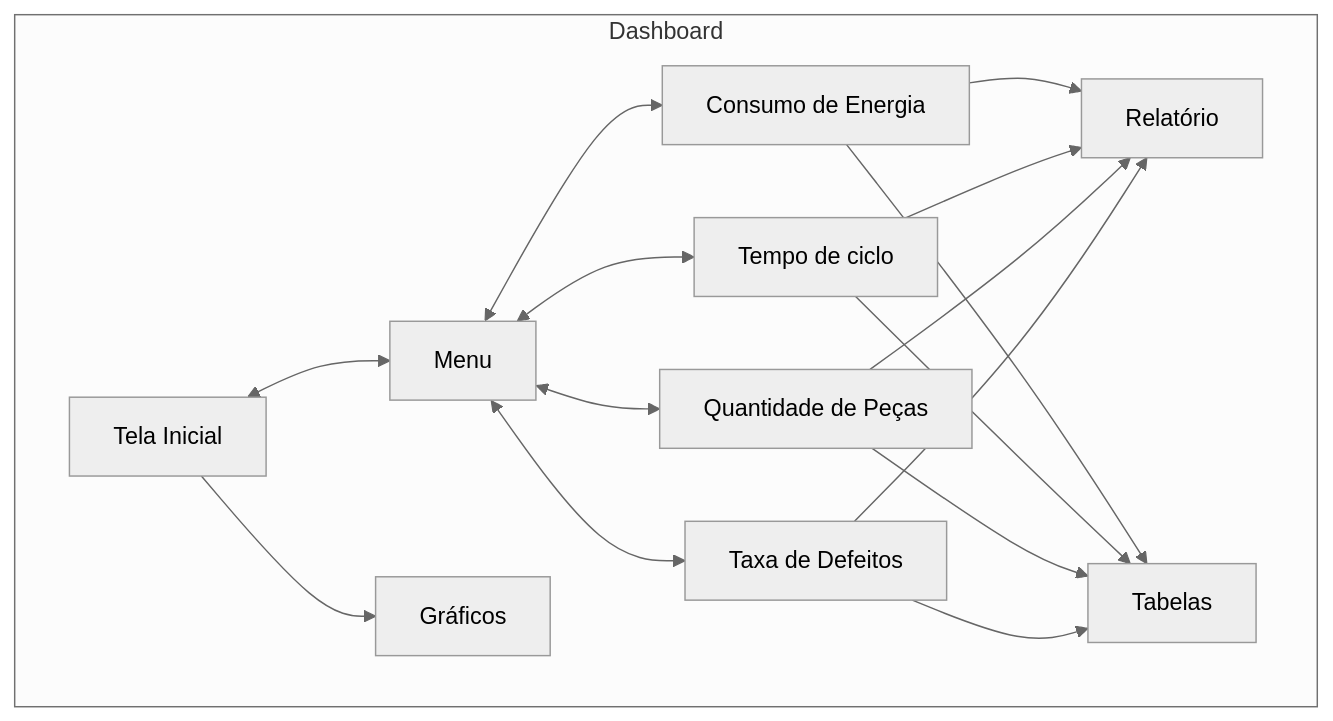
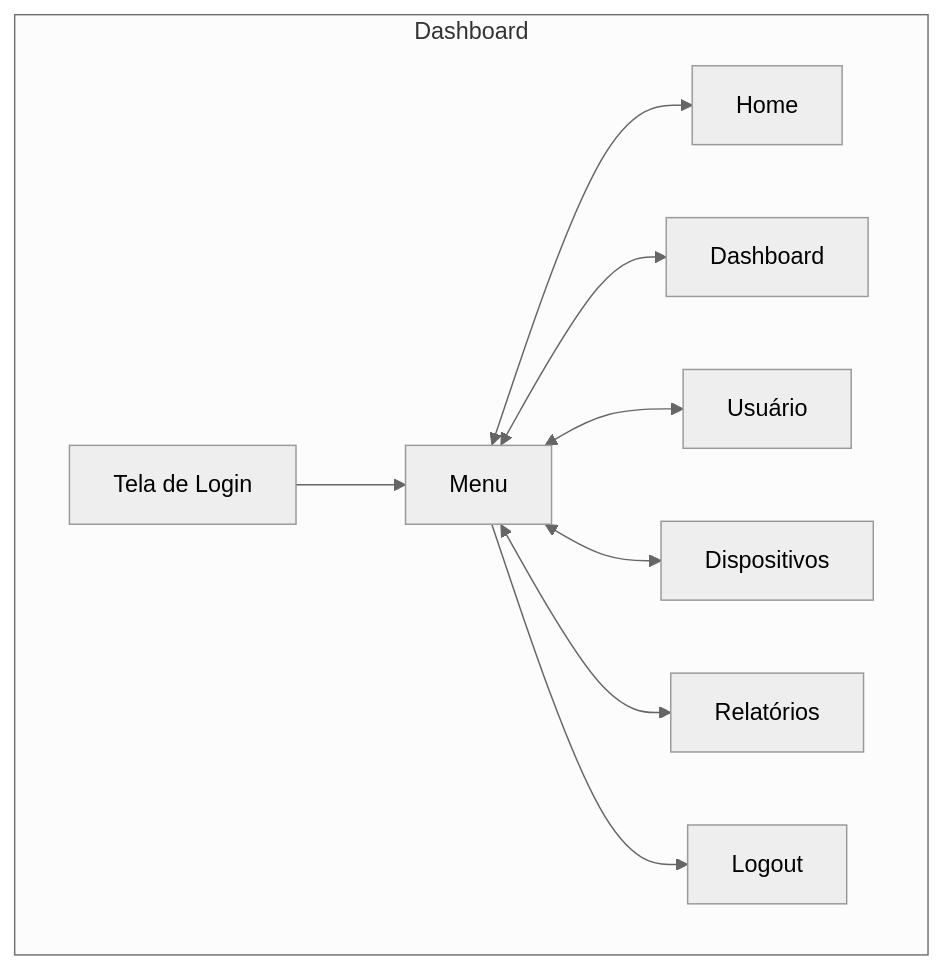
Before and after one commit to Giovani-RodriguesS/projeto_iot: the first of 2 diagrams in docs/PRD.md, drawn with Mermaid (neutral theme). The commit also changed other lines of this file, not shown here.

````diff
--- a/docs/PRD.md
+++ b/docs/PRD.md
@@ -35,17 +33,24 @@
 ```mermaid
 graph TB
     subgraph Dashboard
-        A[Menu]<-->E[Consumo de Energia]-->R[Relatório]
-        A<-->C[Tempo de ciclo]-->R
-        A<-->D[Quantidade de Peças]-->R
-        A<-->F[Taxa de Defeitos]-->R
-        E--> T[Tabelas]
-        C-->T
-        D-->T
-        F-->T
+        L[Tela de Login]
+        C[Home]
+        A[Dashboard]
+        I[Menu]
+        F[Usuário]
+        D[Dispositivos]
+        R[Relatórios]
+        O[Logout]
+
+        L-->I
+        I<-->C
+        I<-->A
+        I<-->F
+        I<-->D
+        I<-->R
+        I-->O
         
-        L[Tela Inicial]<-->A
-        L-->B[Gráficos]
+    
       
     end
 ```
````
